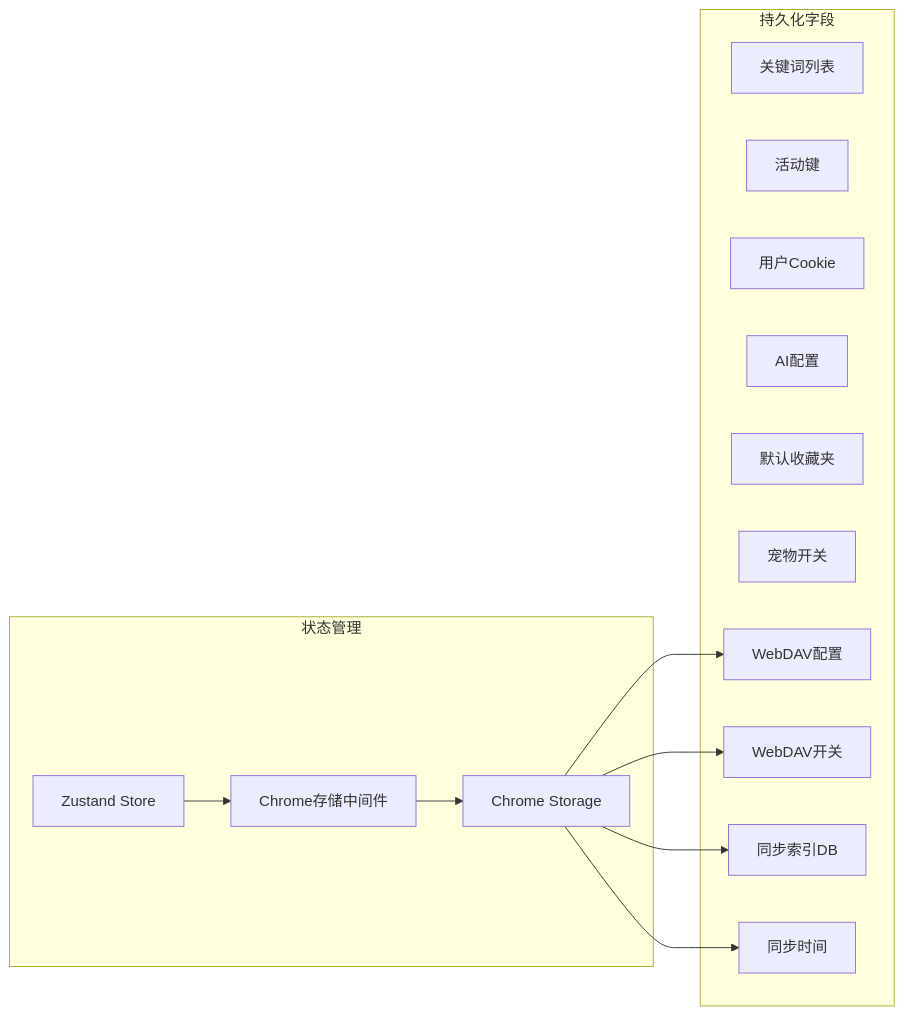
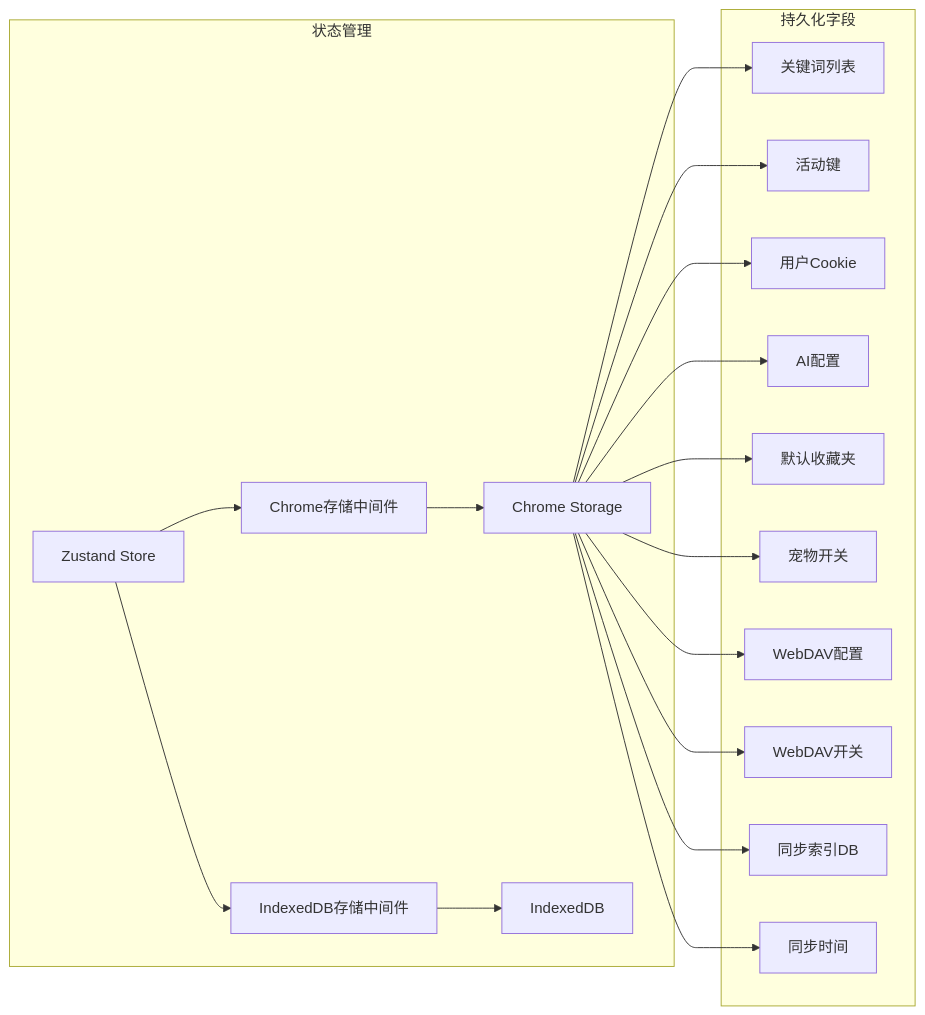
One commit to RadiumAg/bilibili-favorites changed diagram 12 of 14 in .qoder/repowiki/zh/content/核心功能模块/WebDAV云同步系统.md. Above: the diagram before and after it, drawn with Mermaid. The commit also changed other lines of this file and 2 other files, not shown here.

````diff
--- a/.qoder/repowiki/zh/content/核心功能模块/WebDAV云同步系统.md
+++ b/.qoder/repowiki/zh/content/核心功能模块/WebDAV云同步系统.md
@@ -330,26 +418,36 @@
 ```mermaid
 graph LR
 subgraph "状态管理"
 Zustand[Zustand Store]
-Middleware[Chrome存储中间件]
+ChromeMiddleware[Chrome存储中间件]
+IndexedDBMiddleware[IndexedDB存储中间件]
 ChromeStorage[Chrome Storage]
+IndexedDB[IndexedDB]
 end
 subgraph "持久化字段"
 Keyword[关键词列表]
 ActiveKey[活动键]
 Cookie[用户Cookie]
 AIConfig[AI配置]
 DefaultFav[默认收藏夹]
 PetEnabled[宠物开关]
 WebDAVConfig[WebDAV配置]
 WebDAVEnabled[WebDAV开关]
 WebDAVSync[同步索引DB]
 WebDAVTime[同步时间]
 end
-Zustand --> Middleware
-Middleware --> ChromeStorage
+Zustand --> ChromeMiddleware
+Zustand --> IndexedDBMiddleware
+ChromeMiddleware --> ChromeStorage
+IndexedDBMiddleware --> IndexedDB
+ChromeStorage --> Keyword
+ChromeStorage --> ActiveKey
+ChromeStorage --> Cookie
+ChromeStorage --> AIConfig
+ChromeStorage --> DefaultFav
+ChromeStorage --> PetEnabled
 ChromeStorage --> WebDAVConfig
 ChromeStorage --> WebDAVEnabled
 ChromeStorage --> WebDAVSync
 ChromeStorage --> WebDAVTime
 ```
````
